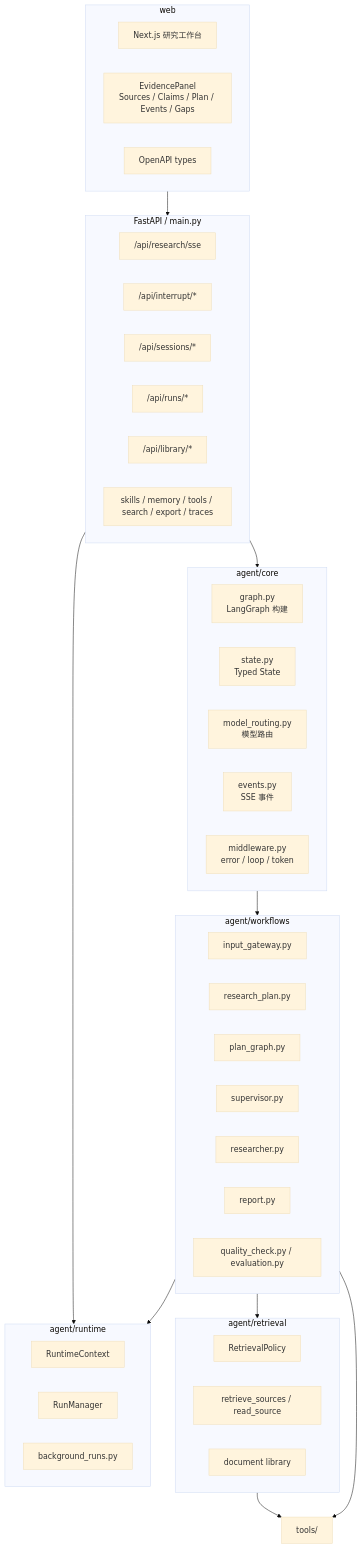
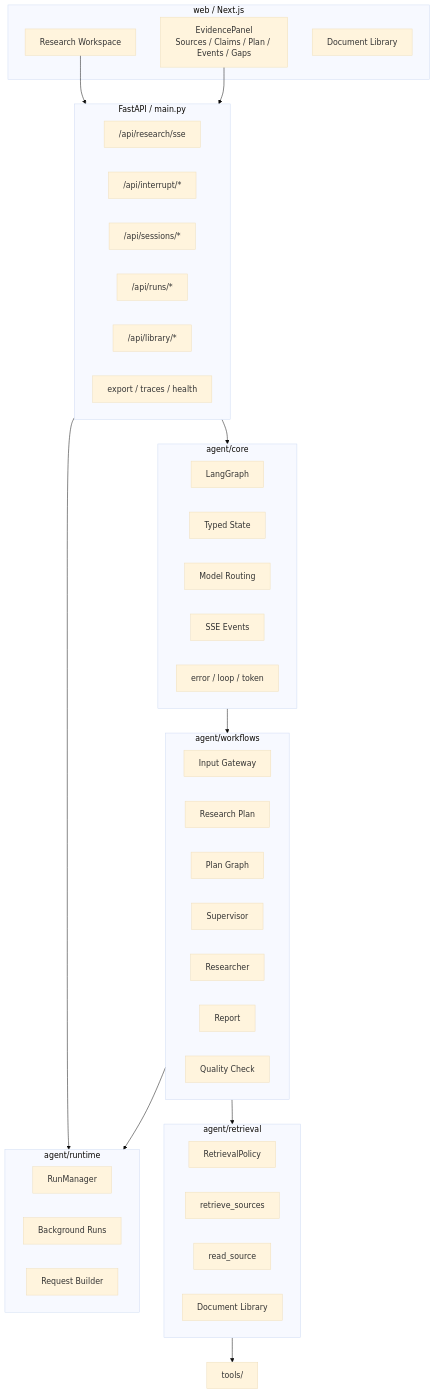
Before and after one commit to LittleSongxx/SoulSearcher: the second of 6 diagrams in README.md, drawn with Mermaid (base theme). The commit also changed other lines of this file and 124 other files, not shown here.

````diff
--- a/README.md
+++ b/README.md
@@ -59,56 +52,57 @@
 ```mermaid
 flowchart TB
+    subgraph Frontend["web / Next.js"]
+        UI["Research Workspace"]
+        EvidencePanel["EvidencePanel\nSources / Claims / Plan / Events / Gaps"]
+        LibraryUI["Document Library"]
+    end
+
     subgraph API["FastAPI / main.py"]
-        Research["/api/research/sse"]
-        Interrupt["/api/interrupt/*"]
-        Sessions["/api/sessions/*"]
-        Runs["/api/runs/*"]
-        Library["/api/library/*"]
-        Aux["skills / memory / tools / search / export / traces"]
+        ResearchAPI["/api/research/sse"]
+        InterruptAPI["/api/interrupt/*"]
+        SessionAPI["/api/sessions/*"]
+        RunAPI["/api/runs/*"]
+        LibraryAPI["/api/library/*"]
+        ExportTrace["export / traces / health"]
     end
 
     subgraph Core["agent/core"]
-        Graph["graph.py\nLangGraph 构建"]
-        State["state.py\nTyped State"]
-        Routing["model_routing.py\n模型路由"]
-        Events["events.py\nSSE 事件"]
-        Middleware["middleware.py\nerror / loop / token"]
+        Graph["LangGraph"]
+        State["Typed State"]
+        Routing["Model Routing"]
+        Events["SSE Events"]
+        Middleware["error / loop / token"]
     end
 
     subgraph Workflow["agent/workflows"]
-        Gateway["input_gateway.py"]
-        Plan["research_plan.py"]
-        PlanGraph["plan_graph.py"]
-        Supervisor["supervisor.py"]
-        Researcher["researcher.py"]
-        Report["report.py"]
-        Quality["quality_check.py / evaluation.py"]
+        Gateway["Input Gateway"]
+        Plan["Research Plan"]
+        DAG["Plan Graph"]
+        Supervisor["Supervisor"]
+        Researcher["Researcher"]
+        Report["Report"]
+        Quality["Quality Check"]
     end
 
     subgraph Retrieval["agent/retrieval"]
         Policy["RetrievalPolicy"]
-        GatewayTool["retrieve_sources / read_source"]
-        Documents["document library"]
+        Retrieve["retrieve_sources"]
+        Read["read_source"]
+        Documents["Document Library"]
     end
 
     subgraph Runtime["agent/runtime"]
-        Context["RuntimeContext"]
-        RunManager["RunManager"]
-        Background["background_runs.py"]
+        Runs["RunManager"]
+        Background["Background Runs"]
+        RequestBuilder["Request Builder"]
     end
 
-    subgraph Web["web"]
-        Workspace["Next.js 研究工作台"]
-        EvidencePanel["EvidencePanel\nSources / Claims / Plan / Events / Gaps"]
-        Types["OpenAPI types"]
-    end
-
-    Web --> API
+    UI --> API
+    EvidencePanel --> API
     API --> Core
     API --> Runtime
     Core --> Workflow
     Workflow --> Retrieval
     Workflow --> Runtime
     Retrieval --> Tools["tools/"]
-    Workflow --> Tools
 ```
````
